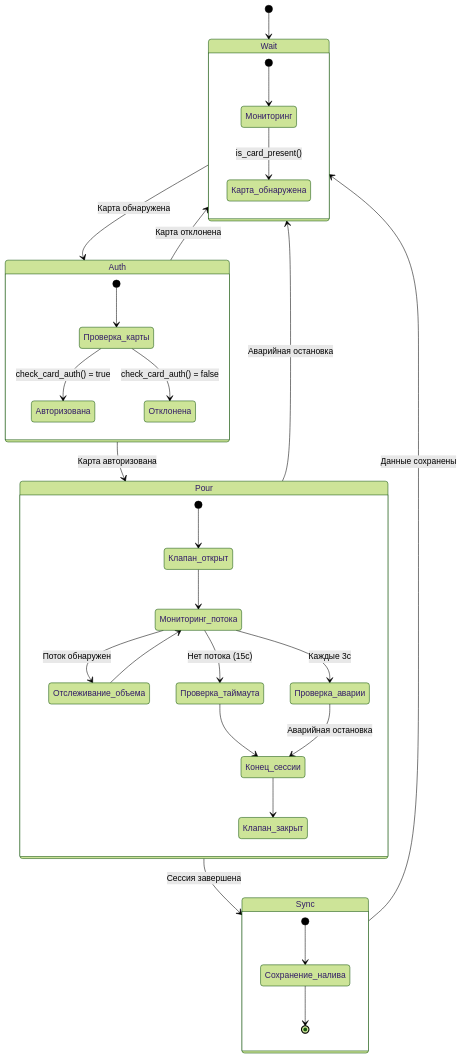
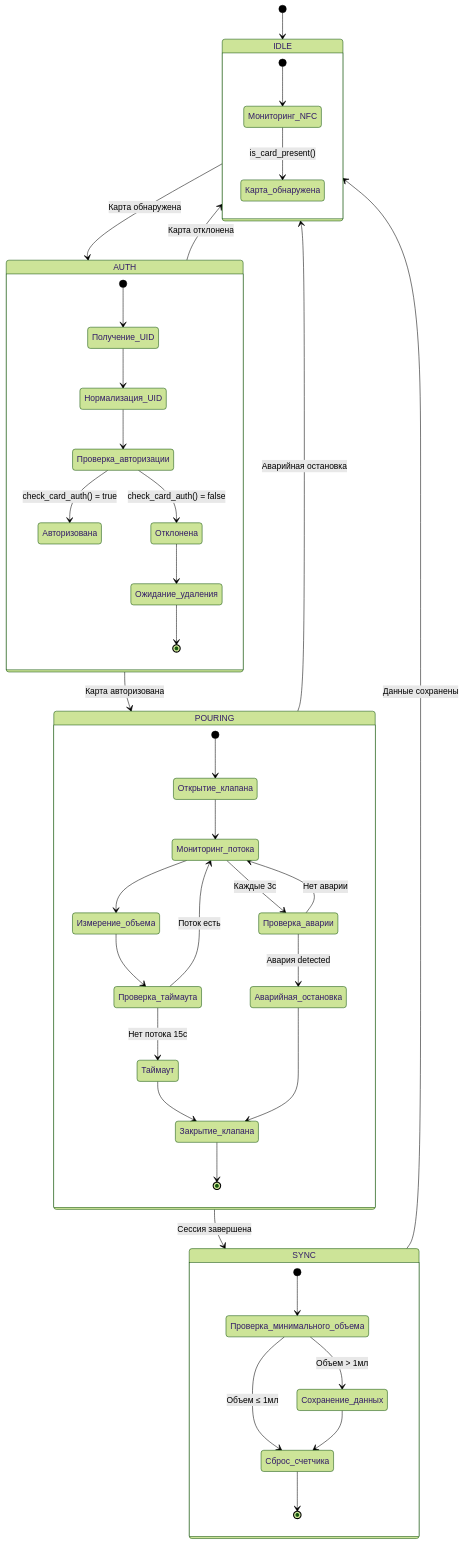
Before and after one commit to glebkovalerenko-ui/beer-tap-system: the diagram in docs/RPI_INTERNALS.md, drawn with Mermaid (forest theme). The commit also changed other lines of this file and 5 other files, not shown here.

````diff
--- a/docs/RPI_INTERNALS.md
+++ b/docs/RPI_INTERNALS.md
@@ -13,38 +13,48 @@
 ```mermaid
 stateDiagram-v2
-    [*] --> Wait
-    Wait --> Auth : Карта обнаружена
-    Auth --> Pour : Карта авторизована
-    Auth --> Wait : Карта отклонена
-    Pour --> Sync : Сессия завершена
-    Pour --> Wait : Аварийная остановка
-    Sync --> Wait : Данные сохранены
+    [*] --> IDLE
+    IDLE --> AUTH : Карта обнаружена
+    AUTH --> POURING : Карта авторизована
+    AUTH --> IDLE : Карта отклонена
+    POURING --> SYNC : Сессия завершена
+    POURING --> IDLE : Аварийная остановка
+    SYNC --> IDLE : Данные сохранены
     
-    state Wait {
-        [*] --> Мониторинг
-        Мониторинг --> Карта_обнаружена : is_card_present()
+    state IDLE {
+        [*] --> Мониторинг_NFC
+        Мониторинг_NFC --> Карта_обнаружена : is_card_present()
     }
     
-    state Auth {
-        [*] --> Проверка_карты
-        Проверка_карты --> Авторизована : check_card_auth() = true
-        Проверка_карты --> Отклонена : check_card_auth() = false
+    state AUTH {
+        [*] --> Получение_UID
+        Получение_UID --> Нормализация_UID
+        Нормализация_UID --> Проверка_авторизации
+        Проверка_авторизации --> Авторизована : check_card_auth() = true
+        Проверка_авторизации --> Отклонена : check_card_auth() = false
+        Отклонена --> Ожидание_удаления
+        Ожидание_удаления --> [*]
     }
     
-    state Pour {
-        [*] --> Клапан_открыт
-        Клапан_открыт --> Мониторинг_потока
-        Мониторинг_потока --> Отслеживание_объема : Поток обнаружен
-        Мониторинг_потока --> Проверка_таймаута : Нет потока (15с)
+    state POURING {
+        [*] --> Открытие_клапана
+        Открытие_клапана --> Мониторинг_потока
+        Мониторинг_потока --> Измерение_объема
+        Измерение_объема --> Проверка_таймаута
+        Проверка_таймаута --> Мониторинг_потока : Поток есть
+        Проверка_таймаута --> Таймаут : Нет потока 15с
         Мониторинг_потока --> Проверка_аварии : Каждые 3с
-        Отслеживание_объема --> Мониторинг_потока
-        Проверка_таймаута --> Конец_сессии
-        Проверка_аварии --> Конец_сессии : Аварийная остановка
-        Конец_сессии --> Клапан_закрыт
+        Проверка_аварии --> Мониторинг_потока : Нет аварии
+        Проверка_аварии --> Аварийная_остановка : Авария detected
+        Таймаут --> Закрытие_клапана
+        Аварийная_остановка --> Закрытие_клапана
+        Закрытие_клапана --> [*]
     }
     
-    state Sync {
-        [*] --> Сохранение_налива
-        Сохранение_налива --> [*]
+    state SYNC {
+        [*] --> Проверка_минимального_объема
+        Проверка_минимального_объема --> Сохранение_данных : Объем > 1мл
+        Проверка_минимального_объема --> Сброс_счетчика : Объем ≤ 1мл
+        Сохранение_данных --> Сброс_счетчика
+        Сброс_счетчика --> [*]
     }
 ```
````
